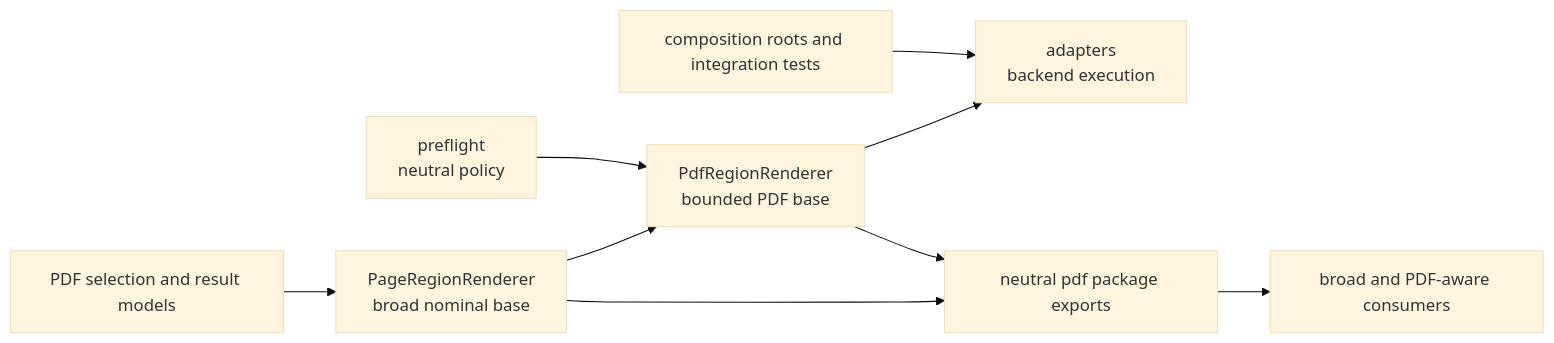
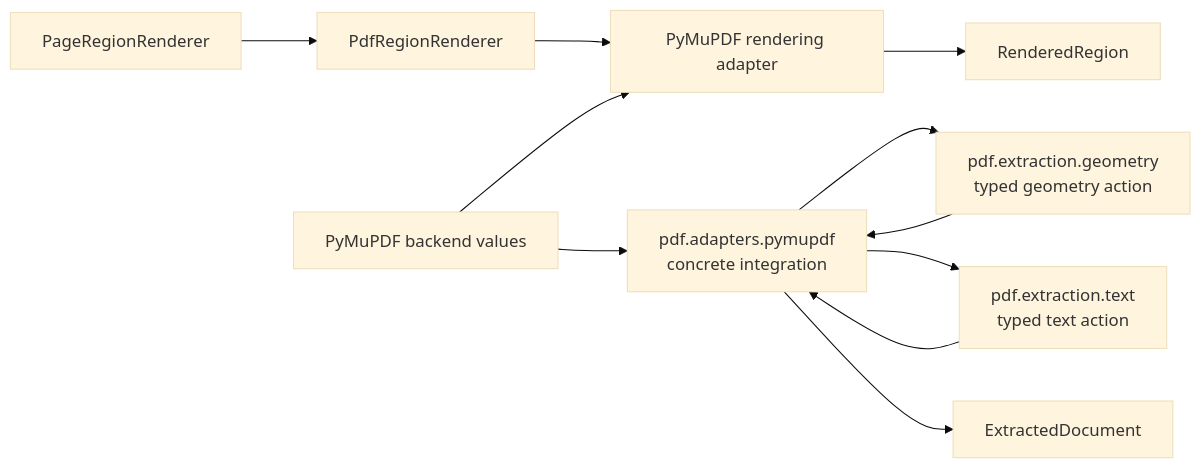
Before and after one commit to eragasa/projectkoios-ingestion: the diagram in docs/architecture/projectkoios/ingestion/pdf/schematic.md, drawn with Mermaid (base theme). The commit also changed other lines of this file and 176 other files, not shown here.

Commit message:
Refactor ingestion document and integration architecture

````diff
--- a/docs/architecture/projectkoios/ingestion/pdf/schematic.md
+++ b/docs/architecture/projectkoios/ingestion/pdf/schematic.md
@@ -3,20 +3,23 @@
 ```mermaid
 flowchart LR
-    Models["PDF selection and result models"]
-    PageBase["PageRegionRenderer<br/>broad nominal base"]
-    PdfBase["PdfRegionRenderer<br/>bounded PDF base"]
-    Preflight["preflight<br/>neutral policy"]
-    Adapter["adapters<br/>backend execution"]
-    Exports["neutral pdf package exports"]
-    Consumers["broad and PDF-aware consumers"]
-    Roots["composition roots and integration tests"]
+    Backend["PyMuPDF backend values"]
+    Adapter["pdf.adapters.pymupdf<br/>concrete integration"]
+    Geometry["pdf.extraction.geometry<br/>typed geometry action"]
+    Text["pdf.extraction.text<br/>typed text action"]
+    Document["ExtractedDocument"]
+    PageBase["PageRegionRenderer"]
+    PdfBase["PdfRegionRenderer"]
+    Render["PyMuPDF rendering adapter"]
+    Region["RenderedRegion"]
 
-    Models --> PageBase
+    Backend --> Adapter
+    Adapter --> Geometry
+    Adapter --> Text
+    Geometry --> Adapter
+    Text --> Adapter
+    Adapter --> Document
     PageBase --> PdfBase
-    Preflight --> PdfBase
-    PdfBase --> Adapter
-    PageBase --> Exports
-    PdfBase --> Exports
-    Exports --> Consumers
-    Roots --> Adapter
+    PdfBase --> Render
+    Backend --> Render
+    Render --> Region
 ```
````
